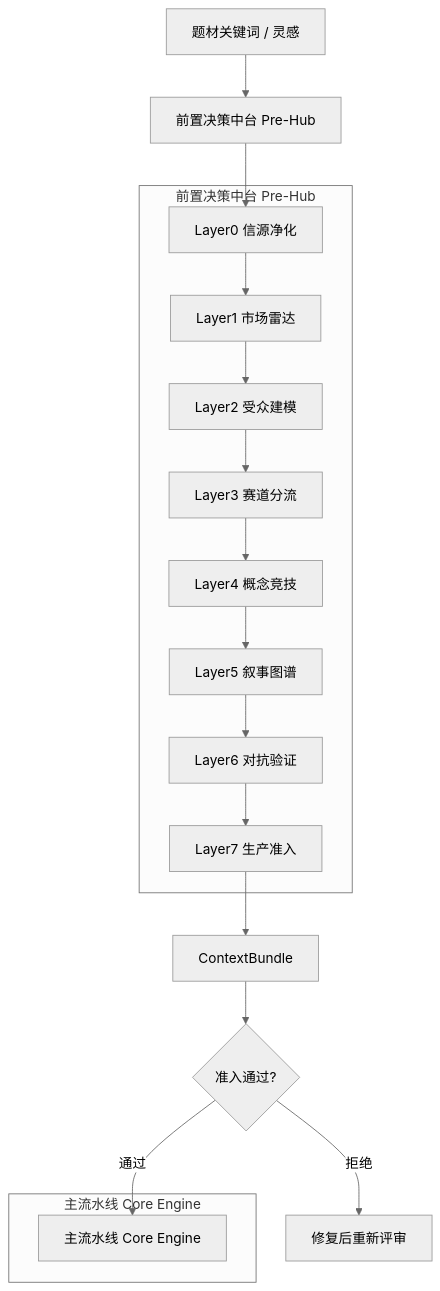
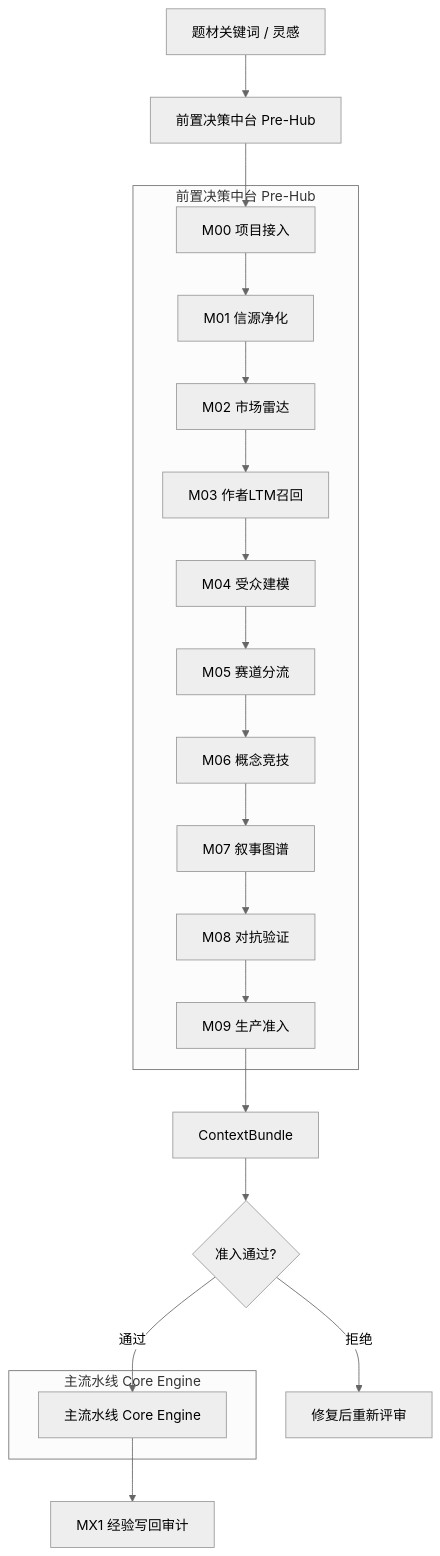
Before and after one commit to KARASzz/duanju-agent: the diagram in README.md, drawn with Mermaid (neutral theme). The commit also changed other lines of this file and 22 other files, not shown here.

````diff
--- a/README.md
+++ b/README.md
@@ -15,31 +15,37 @@
 ```mermaid
 graph TD
     A[题材关键词 / 灵感] --> B[前置决策中台 Pre-Hub]
-    B --> L0[Layer0 信源净化]
-    L0 --> L1[Layer1 市场雷达]
-    L1 --> L2[Layer2 受众建模]
-    L2 --> L3[Layer3 赛道分流]
-    L3 --> L4[Layer4 概念竞技]
-    L4 --> L5[Layer5 叙事图谱]
-    L5 --> L6[Layer6 对抗验证]
-    L6 --> L7[Layer7 生产准入]
-    L7 --> C[ContextBundle]
+    B --> M00[M00 项目接入]
+    M00 --> M01[M01 信源净化]
+    M01 --> M02[M02 市场雷达]
+    M02 --> M03[M03 作者LTM召回]
+    M03 --> M04[M04 受众建模]
+    M04 --> M05[M05 赛道分流]
+    M05 --> M06[M06 概念竞技]
+    M06 --> M07[M07 叙事图谱]
+    M07 --> M08[M08 对抗验证]
+    M08 --> M09[M09 生产准入]
+    M09 --> C[ContextBundle]
     C --> D{准入通过?}
     D -->|通过| E[主流水线 Core Engine]
     D -->|拒绝| F[修复后重新评审]
 
     subgraph "前置决策中台 Pre-Hub"
-    L0
-    L1
-    L2
-    L3
-    L4
-    L5
-    L6
-    L7
+    M00
+    M01
+    M02
+    M03
+    M04
+    M05
+    M06
+    M07
+    M08
+    M09
     end
 
     subgraph "主流水线 Core Engine"
     E
     end
+
+    E --> MX1[MX1 经验写回审计]
 ```
````
